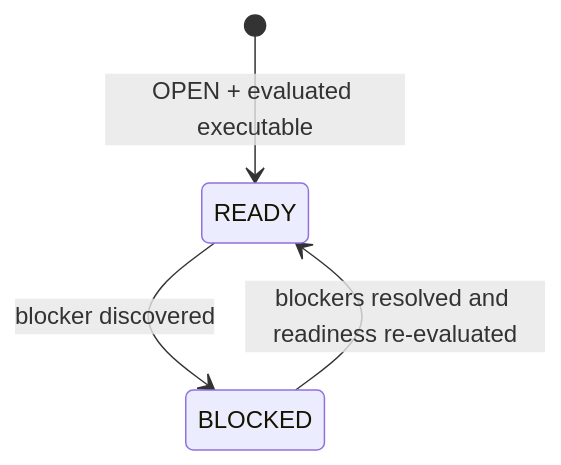
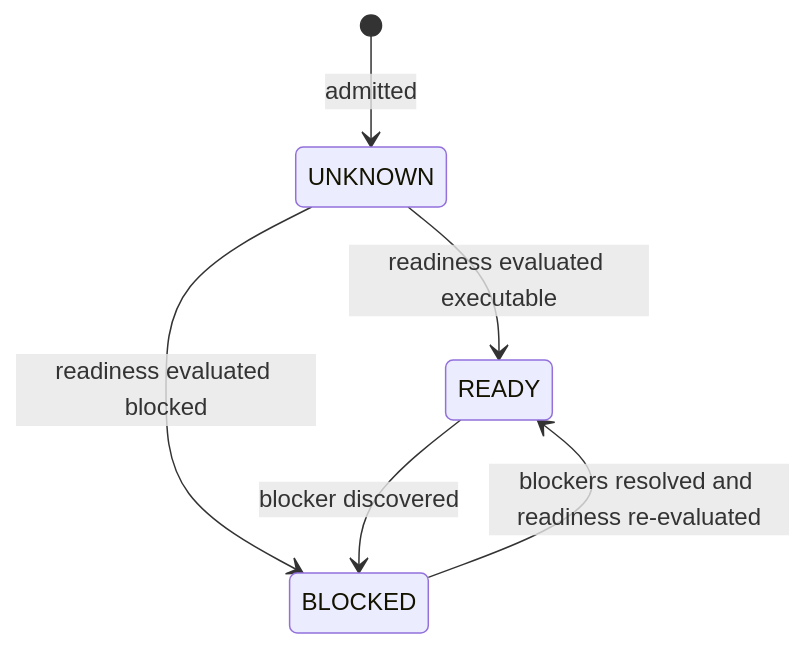
Before and after one commit to Walsamer/tactus: the second of 2 diagrams in docs/architecture/WORK_ORDER_LIFECYCLE.md, drawn with Mermaid. The commit also changed other lines of this file and 16 other files, not shown here.

First line of the commit message:
Implement WorkOrder v1 lifecycle model and dependency graph

````diff
--- a/docs/architecture/WORK_ORDER_LIFECYCLE.md
+++ b/docs/architecture/WORK_ORDER_LIFECYCLE.md
@@ -116,6 +118,8 @@
 ```mermaid
 stateDiagram-v2
-    [*] --> READY: OPEN + evaluated executable
+    [*] --> UNKNOWN: admitted
+    UNKNOWN --> READY: readiness evaluated executable
+    UNKNOWN --> BLOCKED: readiness evaluated blocked
     READY --> BLOCKED: blocker discovered
     BLOCKED --> READY: blockers resolved and readiness re-evaluated
 ```
````
